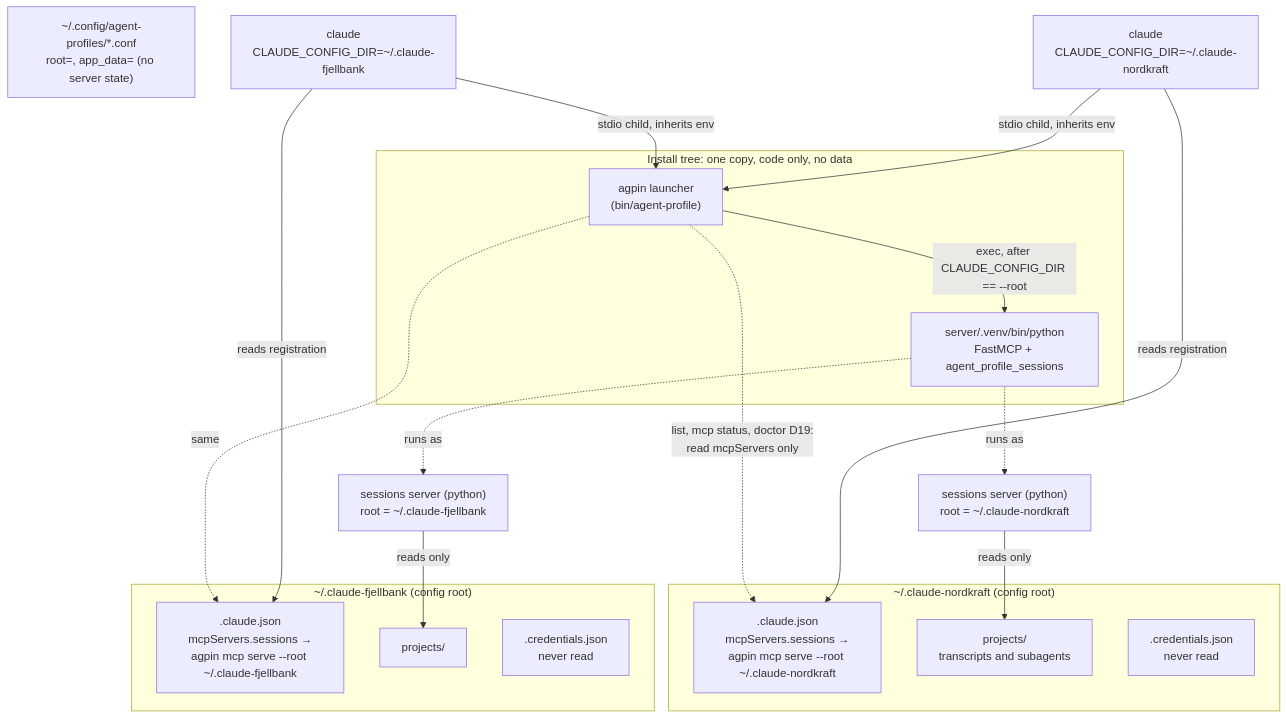
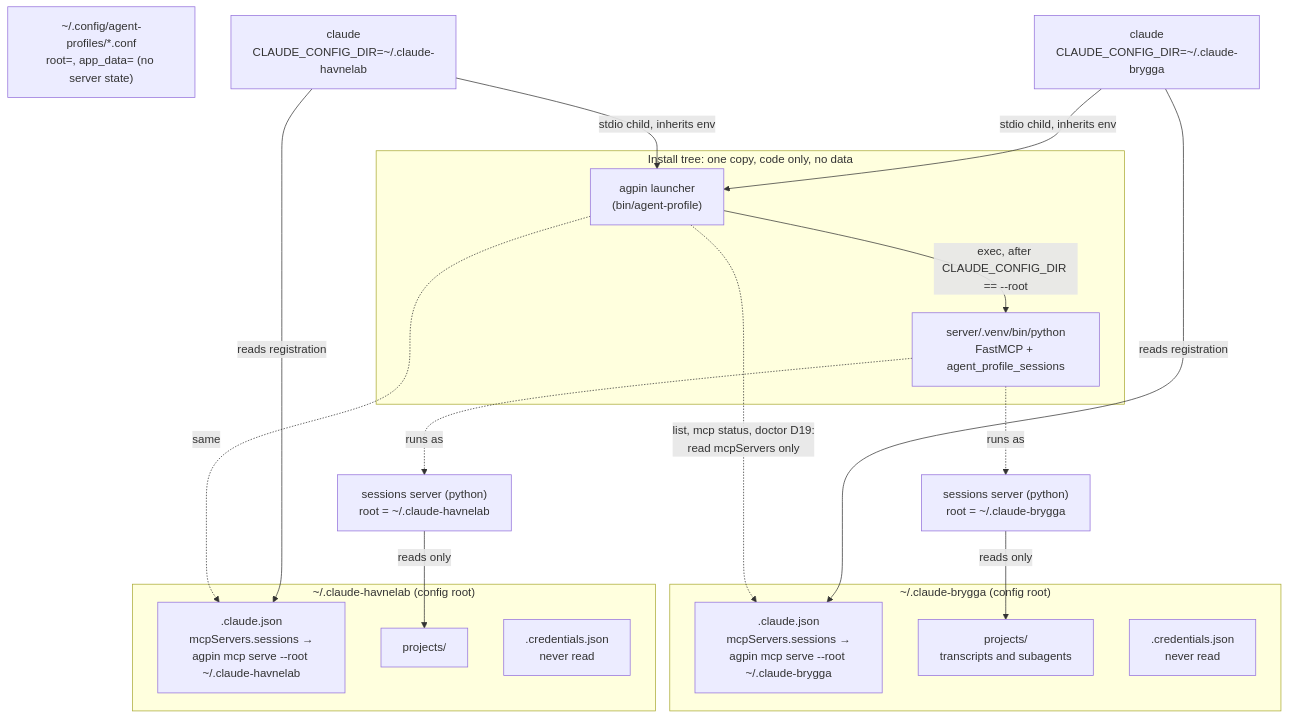
The first of 5 diagrams in docs/proposals/2026-09-15-sessions-mcp.md (mmsge/agent-profile-manager), drawn with Mermaid before and after one commit. The commit also changed other lines of this file and 20 other files, not shown here.

````diff
--- a/docs/proposals/2026-09-15-sessions-mcp.md
+++ b/docs/proposals/2026-09-15-sessions-mcp.md
@@ -148,36 +148,36 @@
 ```mermaid
 flowchart TB
     subgraph tree["Install tree: one copy, code only, no data"]
         agpin["agpin launcher<br/>(bin/agent-profile)"]
         venv["server/.venv/bin/python<br/>FastMCP + agent_profile_sessions"]
     end
     registry["~/.config/agent-profiles/*.conf<br/>root=, app_data= (no server state)"]
 
-    subgraph nordkraft["~/.claude-nordkraft (config root)"]
-        bstate[".claude.json<br/>mcpServers.sessions →<br/>agpin mcp serve --root ~/.claude-nordkraft"]
+    subgraph brygga["~/.claude-brygga (config root)"]
+        bstate[".claude.json<br/>mcpServers.sessions →<br/>agpin mcp serve --root ~/.claude-brygga"]
         bproj["projects/<br/>transcripts and subagents"]
         bcred[".credentials.json<br/>never read"]
     end
-    subgraph fjellbank["~/.claude-fjellbank (config root)"]
-        hstate[".claude.json<br/>mcpServers.sessions →<br/>agpin mcp serve --root ~/.claude-fjellbank"]
+    subgraph havnelab["~/.claude-havnelab (config root)"]
+        hstate[".claude.json<br/>mcpServers.sessions →<br/>agpin mcp serve --root ~/.claude-havnelab"]
         hproj["projects/"]
         hcred[".credentials.json<br/>never read"]
     end
 
-    bclaude["claude<br/>CLAUDE_CONFIG_DIR=~/.claude-nordkraft"]
-    hclaude["claude<br/>CLAUDE_CONFIG_DIR=~/.claude-fjellbank"]
-    bserver["sessions server (python)<br/>root = ~/.claude-nordkraft"]
-    hserver["sessions server (python)<br/>root = ~/.claude-fjellbank"]
+    bclaude["claude<br/>CLAUDE_CONFIG_DIR=~/.claude-brygga"]
+    hclaude["claude<br/>CLAUDE_CONFIG_DIR=~/.claude-havnelab"]
+    bserver["sessions server (python)<br/>root = ~/.claude-brygga"]
+    hserver["sessions server (python)<br/>root = ~/.claude-havnelab"]
 
     bclaude -- "reads registration" --> bstate
     hclaude -- "reads registration" --> hstate
     bclaude -- "stdio child, inherits env" --> agpin
     hclaude -- "stdio child, inherits env" --> agpin
     agpin -- "exec, after CLAUDE_CONFIG_DIR == --root" --> venv
     venv -. "runs as" .-> bserver
     venv -. "runs as" .-> hserver
     bserver -- "reads only" --> bproj
     hserver -- "reads only" --> hproj
     agpin -. "list, mcp status, doctor D19:<br/>read mcpServers only" .-> bstate
     agpin -. "same" .-> hstate
 ```
````
